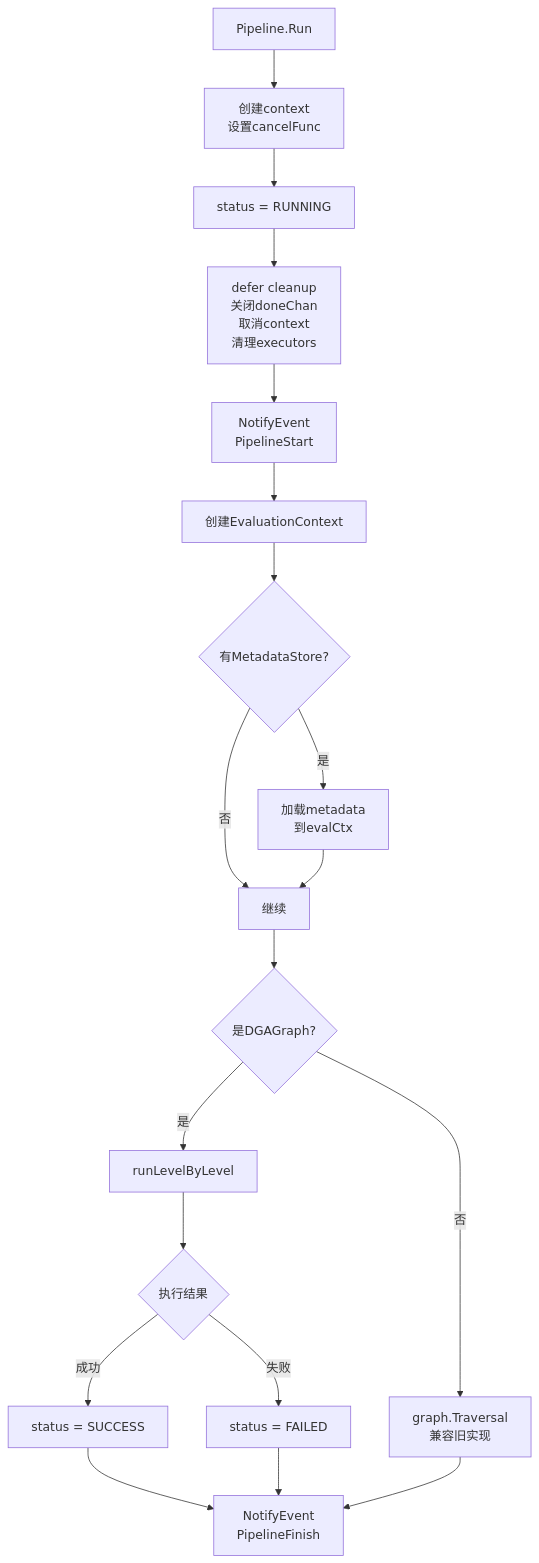
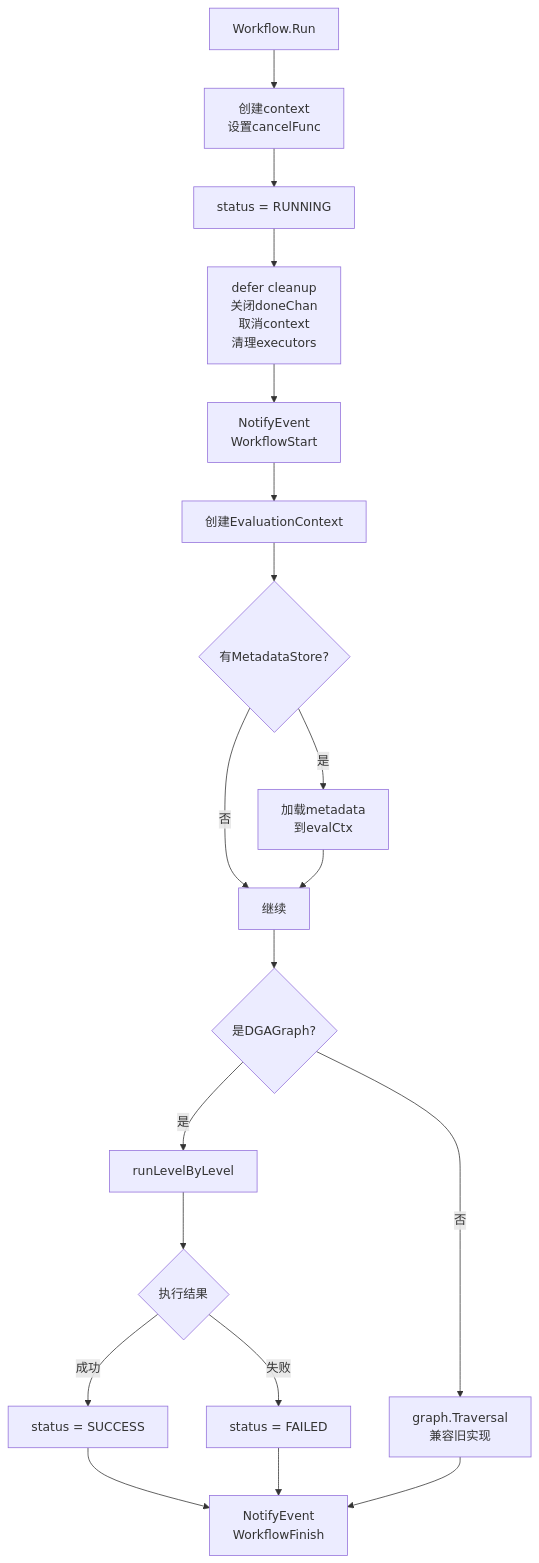
The third of 15 diagrams in dag/FLOWS.md (LerkoX/flowx), drawn with Mermaid before and after one commit. The commit also changed other lines of this file and 99 other files, not shown here.

First line of the commit message:
refactor: Pipeline 统一更名为 Workflow

````diff
--- a/dag/FLOWS.md
+++ b/dag/FLOWS.md
@@ -48,24 +48,24 @@
 ```mermaid
 flowchart TD
-    A[Pipeline.Run] --> B[创建context<br/>设置cancelFunc]
+    A[Workflow.Run] --> B[创建context<br/>设置cancelFunc]
     B --> C[status = RUNNING]
     C --> D[defer cleanup<br/>关闭doneChan<br/>取消context<br/>清理executors]
 
-    D --> E[NotifyEvent<br/>PipelineStart]
+    D --> E[NotifyEvent<br/>WorkflowStart]
     E --> F[创建EvaluationContext]
     F --> G{有MetadataStore?}
     G -->|是| H[加载metadata<br/>到evalCtx]
     G -->|否| I[继续]
 
     H --> I
     I --> J{是DGAGraph?}
     J -->|是| K[runLevelByLevel]
     J -->|否| L[graph.Traversal<br/>兼容旧实现]
 
     K --> M{执行结果}
     M -->|成功| N[status = SUCCESS]
     M -->|失败| O[status = FAILED]
-    N --> P[NotifyEvent<br/>PipelineFinish]
+    N --> P[NotifyEvent<br/>WorkflowFinish]
     O --> P
     L --> P
 ```
````
